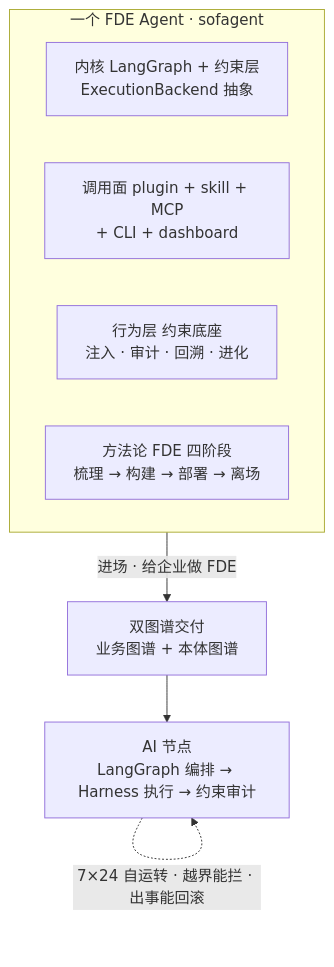
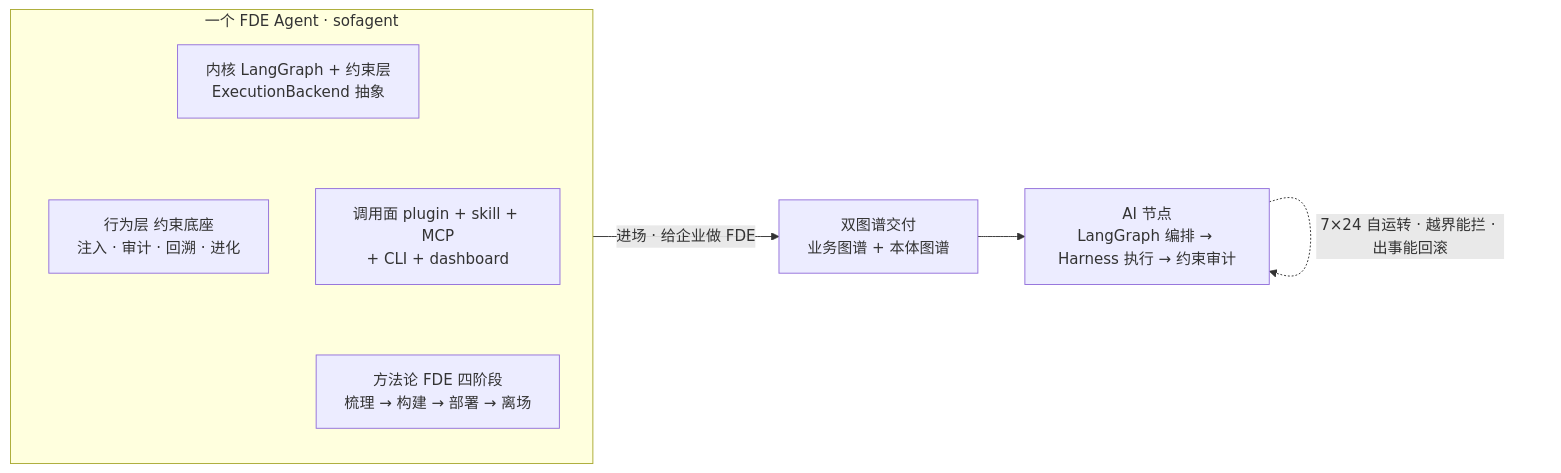
Before and after one commit to KongFangXun/sofagent: the first of 2 diagrams in README.md, drawn with Mermaid. The commit also changed 4 other files, not shown here.

Commit message:
chore: Git Data API 推送（1 commits 聚合）——docs(skill+readme): 历史版本号清理 + Mermaid 首图横排化

````diff
--- a/README.md
+++ b/README.md
@@ -44,12 +44,12 @@
 ```mermaid
-graph TB
+graph LR
     subgraph S["一个 FDE Agent · sofagent"]
-        K["内核 LangGraph + 约束层<br/>ExecutionBackend 抽象"]
-        I["调用面 plugin + skill + MCP<br/>+ CLI + dashboard"]
-        B["行为层 约束底座<br/>注入 · 审计 · 回溯 · 进化"]
-        M["方法论 FDE 四阶段<br/>梳理 → 构建 → 部署 → 离场"]
+        direction TB
+        K["内核 LangGraph + 约束层<br/>ExecutionBackend 抽象"] ~~~ B["行为层 约束底座<br/>注入 · 审计 · 回溯 · 进化"]
+        I["调用面 plugin + skill + MCP<br/>+ CLI + dashboard"] ~~~ M["方法论 FDE 四阶段<br/>梳理 → 构建 → 部署 → 离场"]
+        K ~~~ I
     end
     S -->|"进场 · 给企业做 FDE"| D["双图谱交付<br/>业务图谱 + 本体图谱"]
     D --> N["AI 节点<br/>LangGraph 编排 → Harness 执行 → 约束审计"]
     N -.->|"7×24 自运转 · 越界能拦 · 出事能回滚"| N
 ```
````
